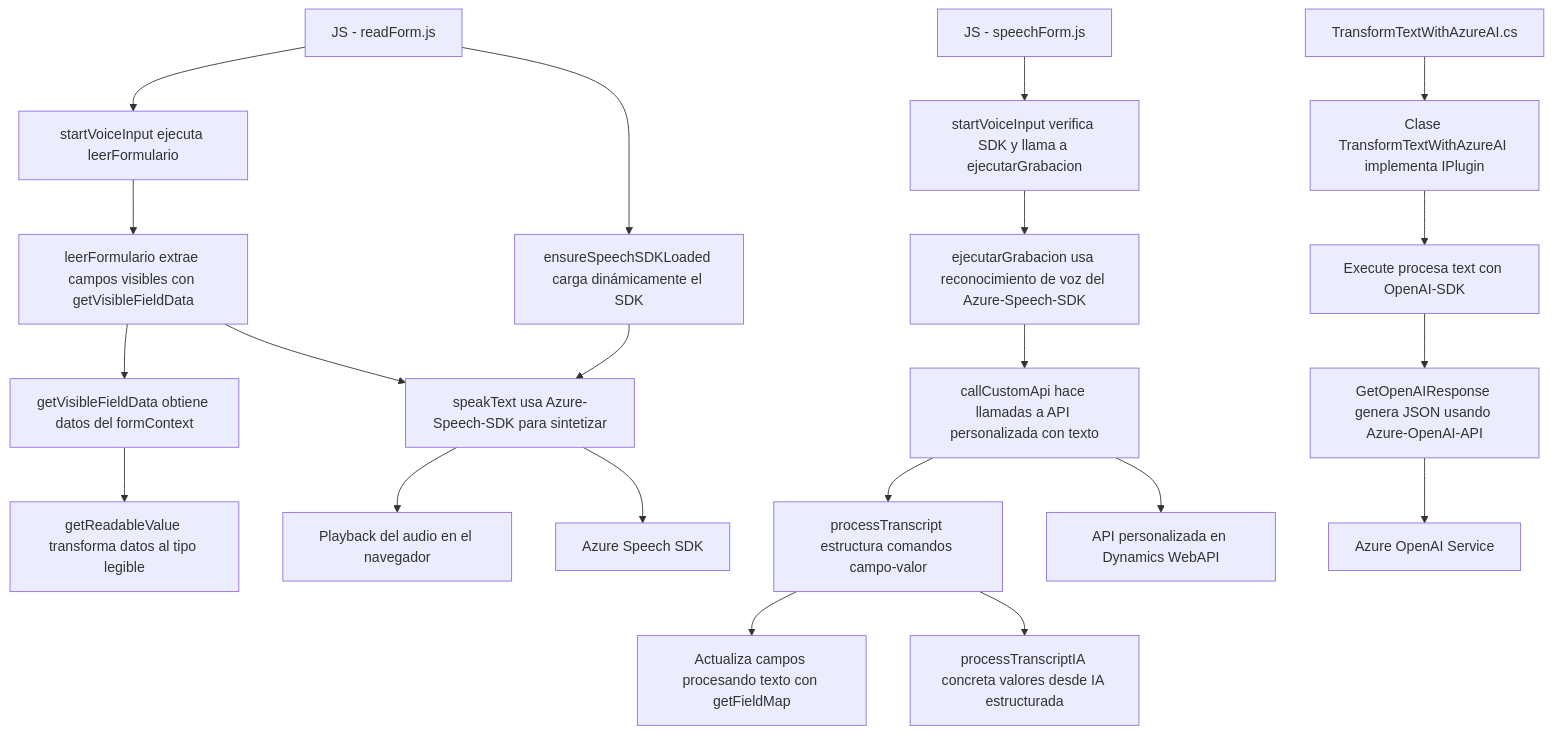
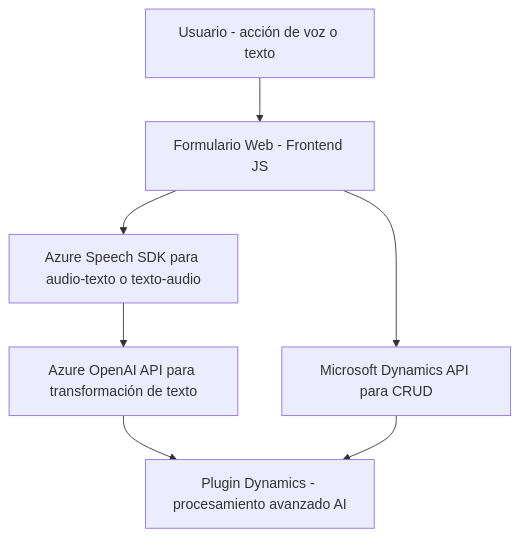
The diagram in README.md (blopezdm/NETCORE_BILBAO2025), drawn with Mermaid before and after one commit. The commit also changed other lines of this file, not shown here.

Commit message:
Actualizar análisis global de la solución con IA

````diff
--- a/README.md
+++ b/README.md
@@ -51,27 +45,16 @@
 ```mermaid
 graph TD
-    A["JS - readForm.js"] --> B["startVoiceInput ejecuta leerFormulario"]
-    B --> C["leerFormulario extrae campos visibles con getVisibleFieldData"]
-    C --> D["getVisibleFieldData obtiene datos del formContext"]
-    D --> E["getReadableValue transforma datos al tipo legible"]
-    C --> F["speakText usa Azure-Speech-SDK para sintetizar"]
-    F --> G["Playback del audio en el navegador"]
+  A["Usuario - acción de voz o texto"]
+  B["Formulario Web - Frontend JS"]
+  C["Azure Speech SDK para audio-texto o texto-audio"]
+  D["Azure OpenAI API para transformación de texto"]
+  E["Microsoft Dynamics API para CRUD"]
+  F["Plugin Dynamics - procesamiento avanzado AI"]
 
-    A --> H["ensureSpeechSDKLoaded carga dinámicamente el SDK"]
-    H --> F
-
-    I["JS - speechForm.js"] --> J["startVoiceInput verifica SDK y llama a ejecutarGrabacion"]
-    J --> K["ejecutarGrabacion usa reconocimiento de voz del Azure-Speech-SDK"]
-    K --> L["callCustomApi hace llamadas a API personalizada con texto"]
-    L --> M["processTranscript estructura comandos campo-valor"]
-    M --> N["Actualiza campos procesando texto con getFieldMap"]
-    M --> O["processTranscriptIA concreta valores desde IA estructurada"]
-
-    P["TransformTextWithAzureAI.cs"] --> Q["Clase TransformTextWithAzureAI implementa IPlugin"]
-    Q --> R["Execute procesa text con OpenAI-SDK"]
-    R --> S["GetOpenAIResponse genera JSON usando Azure-OpenAI-API"]
-
-    F --> T["Azure Speech SDK"]
-    L --> U["API personalizada en Dynamics WebAPI"]
-    S --> V["Azure OpenAI Service"]
+  A --> B
+  B --> C
+  B --> E
+  C --> D
+  D --> F
+  E --> F
 ```
````
